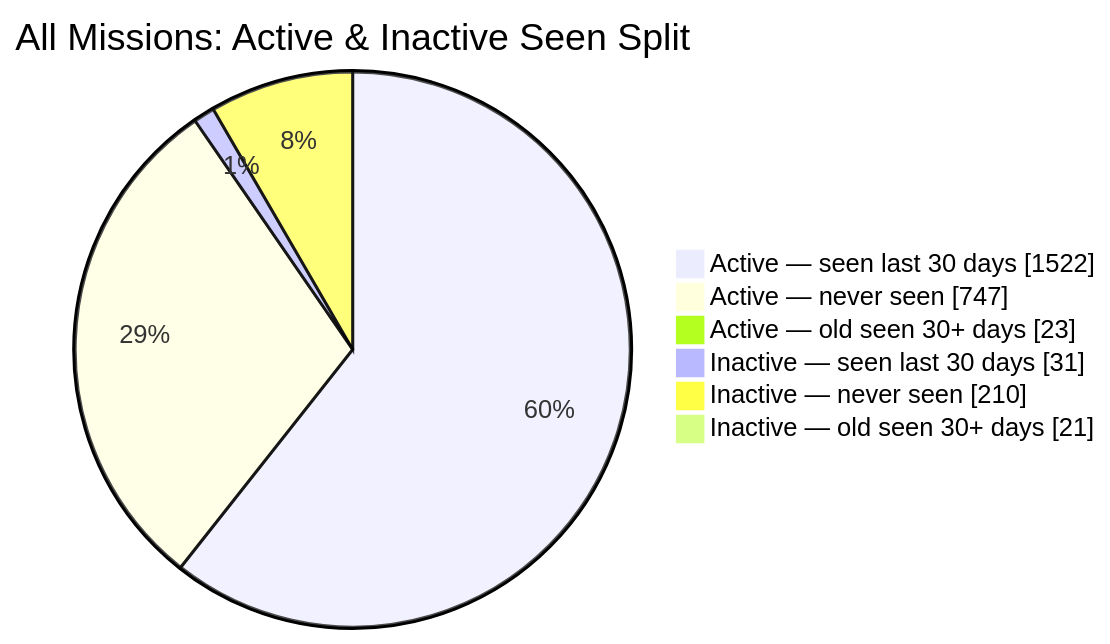
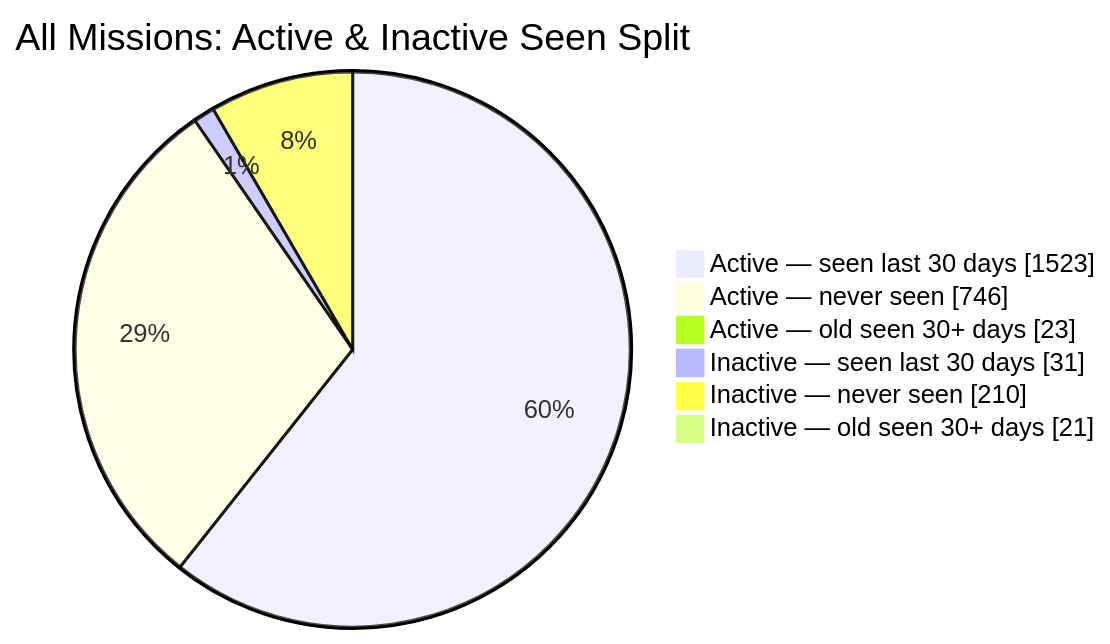
The second of 2 diagrams in README.md (MeldkamerspelGameTeam/active-missions), drawn with Mermaid before and after one commit. The commit also changed other lines of this file and 2 other files, not shown here.

````diff
--- a/README.md
+++ b/README.md
@@ -44,10 +44,10 @@
 ```mermaid
 pie showData
     title All Missions: Active & Inactive Seen Split
-    "Active — seen last 30 days" : 1522
-    "Active — never seen" : 747
+    "Active — seen last 30 days" : 1523
+    "Active — never seen" : 746
     "Active — old seen 30+ days" : 23
     "Inactive — seen last 30 days" : 31
     "Inactive — never seen" : 210
     "Inactive — old seen 30+ days" : 21
 ```
````
